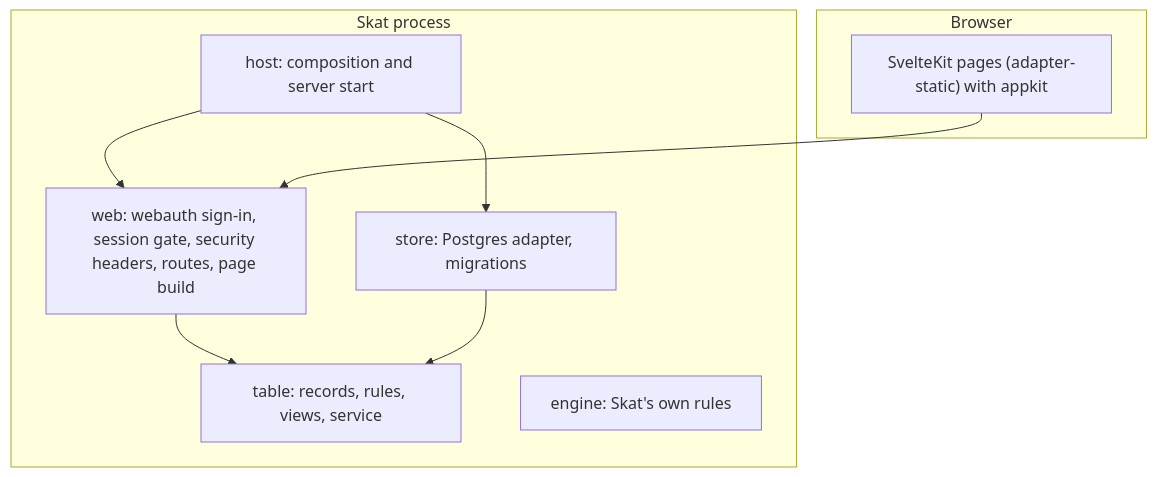
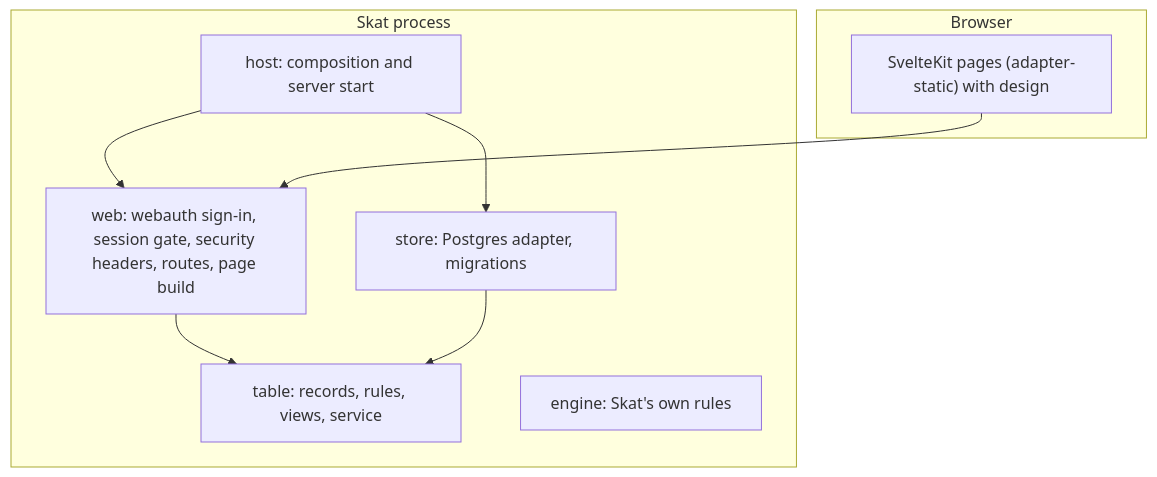
One commit to overnightworks/skat changed the second of 3 diagrams in docs/ARCHITECTURE.md. Above: the diagram before and after it, drawn with Mermaid. The commit also changed other lines of this file and 9 other files, not shown here.

First line of the commit message:
Skat takes overnightworks-design v0.19.0 in place of appkit v0.17.0 (#232)

````diff
--- a/docs/ARCHITECTURE.md
+++ b/docs/ARCHITECTURE.md
@@ -21,18 +21,18 @@
 ```mermaid
 flowchart TB
     subgraph browser["Browser"]
-        pages["SvelteKit pages (adapter-static) with appkit"]
+        pages["SvelteKit pages (adapter-static) with design"]
     end
     subgraph process["Skat process"]
         host["host: composition and server start"]
         web["web: webauth sign-in, session gate, security headers, routes, page build"]
         store["store: Postgres adapter, migrations"]
         table["table: records, rules, views, service"]
         engine["engine: Skat's own rules"]
         host --> web
         host --> store
         web --> table
         store --> table
     end
     pages --> web
 ```
````
